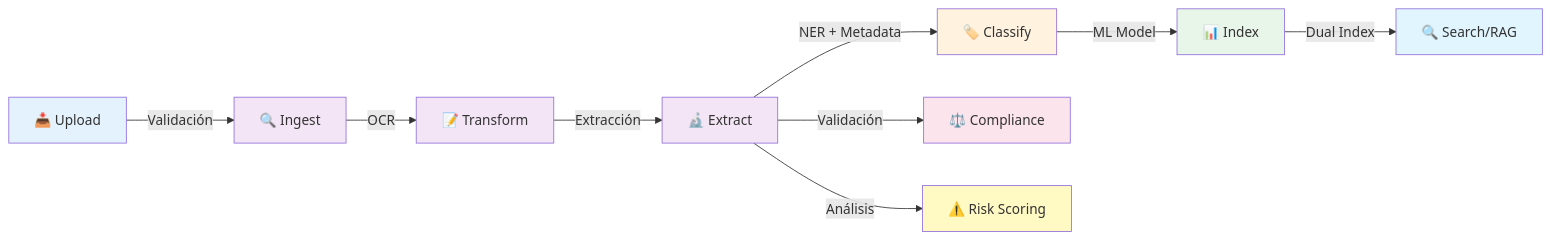
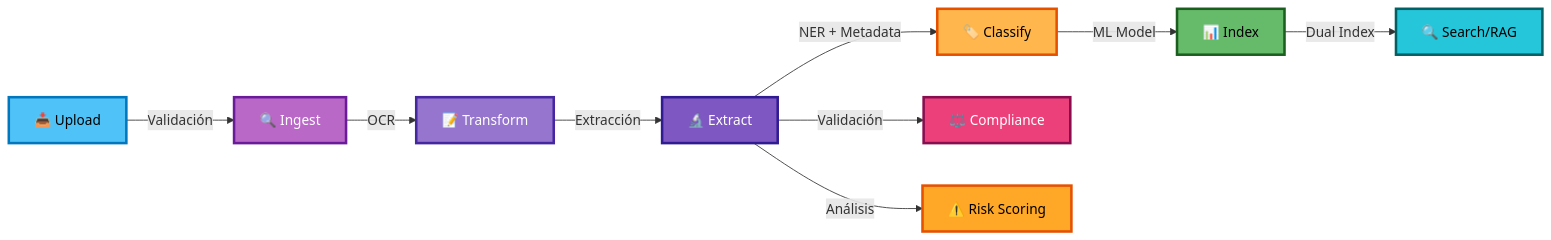
One commit to rjamoriz/Sistema-Corporativo-Documental-con-Capacidades-de-IA changed the second of 3 diagrams in README.md. Above: the diagram before and after it, drawn with Mermaid. The commit also changed other lines of this file, not shown here.

Commit message:
Mejora colores de diagramas Mermaid para mejor visibilidad en modo oscuro

````diff
--- a/README.md
+++ b/README.md
@@ -128,21 +134,21 @@
 ```mermaid
 graph LR
     A[📥 Upload] -->|Validación| B[🔍 Ingest]
     B -->|OCR| C[📝 Transform]
     C -->|Extracción| D[🔬 Extract]
     D -->|NER + Metadata| E[🏷️ Classify]
     E -->|ML Model| F[📊 Index]
     F -->|Dual Index| G[🔍 Search/RAG]
     D -->|Validación| H[⚖️ Compliance]
     D -->|Análisis| I[⚠️ Risk Scoring]
     
-    style A fill:#e3f2fd
-    style B fill:#f3e5f5
-    style C fill:#f3e5f5
-    style D fill:#f3e5f5
-    style E fill:#fff3e0
-    style F fill:#e8f5e9
-    style G fill:#e1f5ff
-    style H fill:#fce4ec
-    style I fill:#fff9c4
+    style A fill:#4FC3F7,stroke:#0277BD,stroke-width:3px,color:#000
+    style B fill:#BA68C8,stroke:#6A1B9A,stroke-width:3px,color:#fff
+    style C fill:#9575CD,stroke:#4527A0,stroke-width:3px,color:#fff
+    style D fill:#7E57C2,stroke:#311B92,stroke-width:3px,color:#fff
+    style E fill:#FFB74D,stroke:#E65100,stroke-width:3px,color:#000
+    style F fill:#66BB6A,stroke:#1B5E20,stroke-width:3px,color:#000
+    style G fill:#26C6DA,stroke:#006064,stroke-width:3px,color:#000
+    style H fill:#EC407A,stroke:#880E4F,stroke-width:3px,color:#fff
+    style I fill:#FFA726,stroke:#E65100,stroke-width:3px,color:#000
 ```
````
